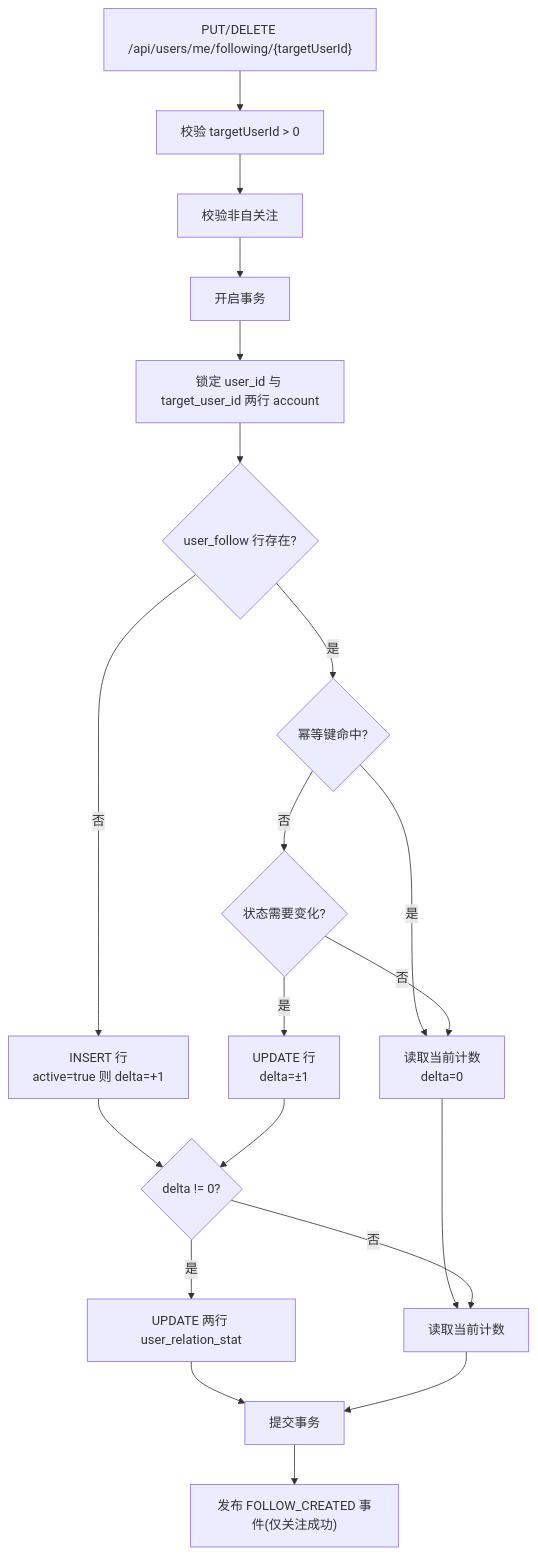
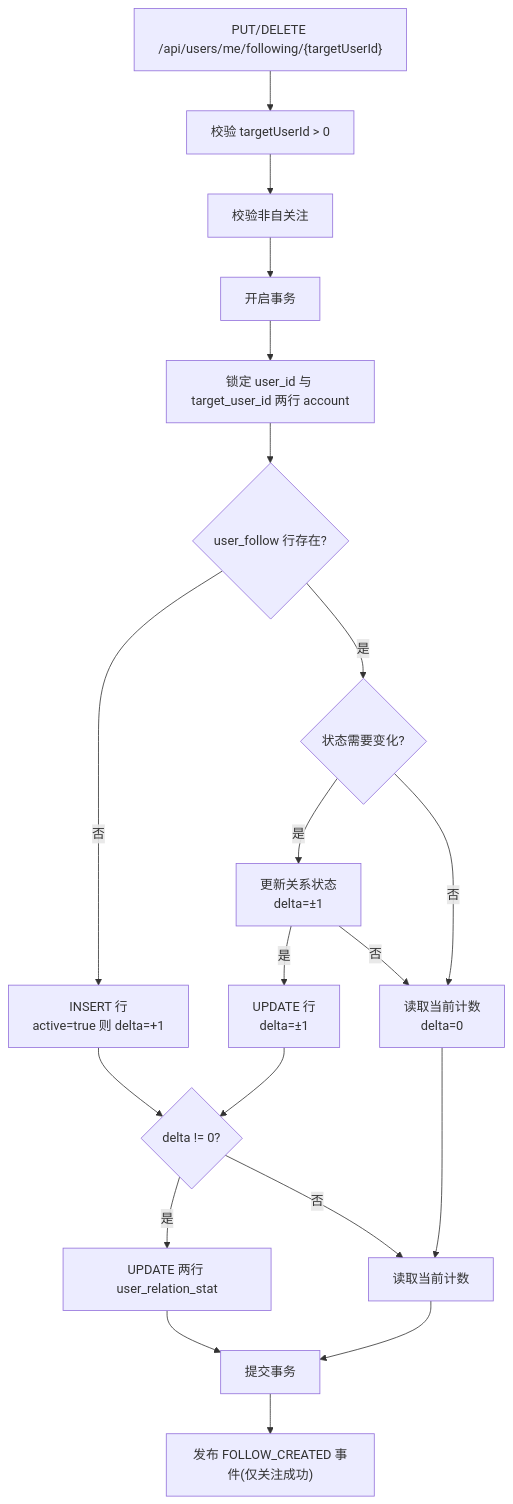
The second of 10 diagrams in docs/05-模块功能设计.md (gmjneko/GCFeed-Java), drawn with Mermaid before and after one commit. The commit also changed other lines of this file and 14 other files, not shown here.

````diff
--- a/docs/05-模块功能设计.md
+++ b/docs/05-模块功能设计.md
@@ -180,22 +180,22 @@
 ```mermaid
 flowchart TD
     A["PUT/DELETE /api/users/me/following/{targetUserId}"] --> B["校验 targetUserId > 0"]
     B --> C["校验非自关注"]
     C --> D["开启事务"]
     D --> E["锁定 user_id 与 target_user_id 两行 account"]
     E --> F{"user_follow 行存在?"}
     F -->|否| G["INSERT 行<br/>active=true 则 delta=+1"]
-    F -->|是| H{"幂等键命中?"}
-    H -->|是| I["读取当前计数<br/>delta=0"]
-    H -->|否| J{"状态需要变化?"}
+    F -->|是| H{"状态需要变化?"}
+    H -->|是| J["更新关系状态<br/>delta=±1"]
+    H -->|否| I["读取当前计数<br/>delta=0"]
     J -->|是| K["UPDATE 行<br/>delta=±1"]
     J -->|否| I
     G --> L{"delta != 0?"}
     K --> L
     I --> M["读取当前计数"]
     L -->|是| N["UPDATE 两行 user_relation_stat"]
     L -->|否| M
     N --> O["提交事务"]
     M --> O
     O --> P["发布 FOLLOW_CREATED 事件(仅关注成功)"]
 ```
````
